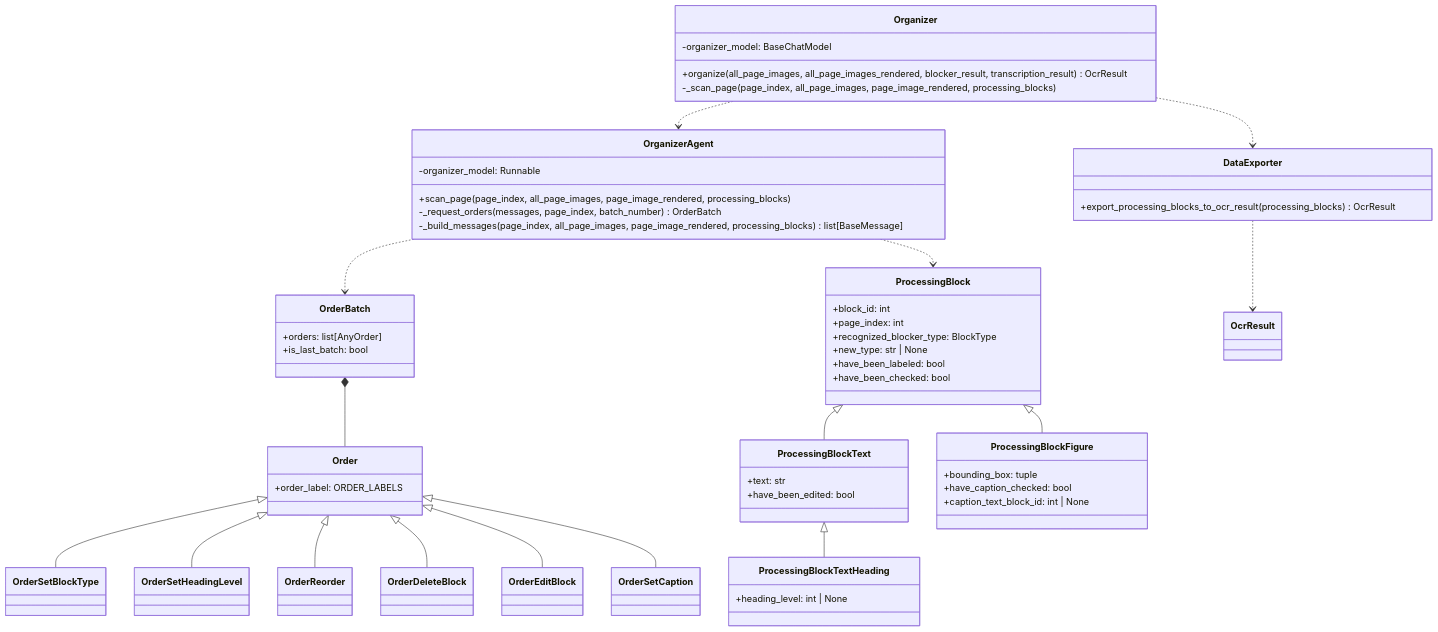
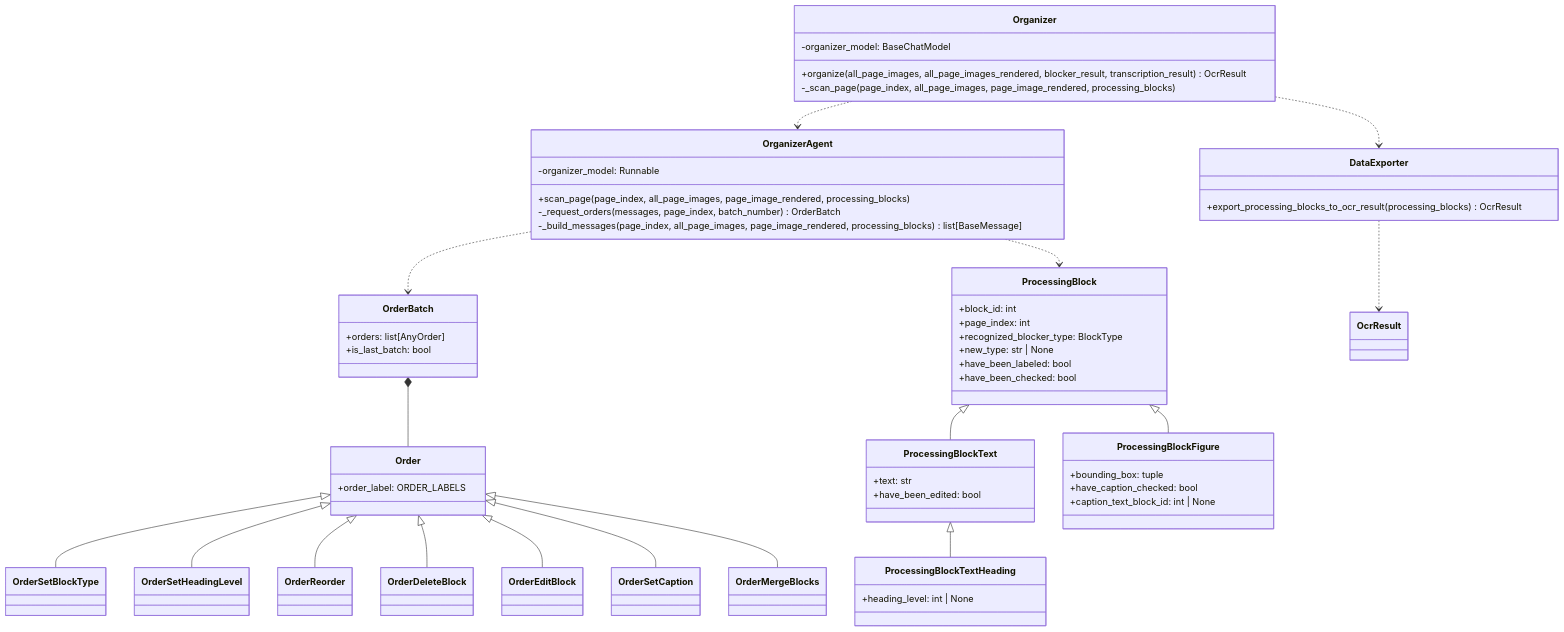
One commit to konbraphat51/SuperSuat changed the first of 2 diagrams in Uploader/OcrModule/Blocked/Docs/StructureOrganizer.ja.md. Above: the diagram before and after it, drawn with Mermaid. The commit also changed other lines of this file and 4 other files, not shown here.

First line of the commit message:
feat: add a merge_blocks order for text split across pages

````diff
--- a/Uploader/OcrModule/Blocked/Docs/StructureOrganizer.ja.md
+++ b/Uploader/OcrModule/Blocked/Docs/StructureOrganizer.ja.md
@@ -12,59 +12,60 @@
 ```mermaid
 classDiagram
     class Organizer {
         -organizer_model: BaseChatModel
         +organize(all_page_images, all_page_images_rendered, blocker_result, transcription_result) OcrResult
         -_scan_page(page_index, all_page_images, page_image_rendered, processing_blocks)
     }
     class OrganizerAgent {
         -organizer_model: Runnable
         +scan_page(page_index, all_page_images, page_image_rendered, processing_blocks)
         -_request_orders(messages, page_index, batch_number) OrderBatch
         -_build_messages(page_index, all_page_images, page_image_rendered, processing_blocks) list[BaseMessage]
     }
     class OrderBatch {
         +orders: list[AnyOrder]
         +is_last_batch: bool
     }
     class Order {
         +order_label: ORDER_LABELS
     }
     class ProcessingBlock {
         +block_id: int
         +page_index: int
         +recognized_blocker_type: BlockType
         +new_type: str | None
         +have_been_labeled: bool
         +have_been_checked: bool
     }
     class ProcessingBlockText {
         +text: str
         +have_been_edited: bool
     }
     class ProcessingBlockTextHeading {
         +heading_level: int | None
     }
     class ProcessingBlockFigure {
         +bounding_box: tuple
         +have_caption_checked: bool
         +caption_text_block_id: int | None
     }
     class DataExporter {
         +export_processing_blocks_to_ocr_result(processing_blocks) OcrResult
     }
     Organizer ..> OrganizerAgent
     Organizer ..> DataExporter
     DataExporter ..> OcrResult
     OrganizerAgent ..> OrderBatch
     OrderBatch *-- Order
     Order <|-- OrderSetBlockType
     Order <|-- OrderSetHeadingLevel
     Order <|-- OrderReorder
     Order <|-- OrderDeleteBlock
     Order <|-- OrderEditBlock
     Order <|-- OrderSetCaption
+    Order <|-- OrderMergeBlocks
     ProcessingBlock <|-- ProcessingBlockText
     ProcessingBlock <|-- ProcessingBlockFigure
     ProcessingBlockText <|-- ProcessingBlockTextHeading
     OrganizerAgent ..> ProcessingBlock
 ```
````
